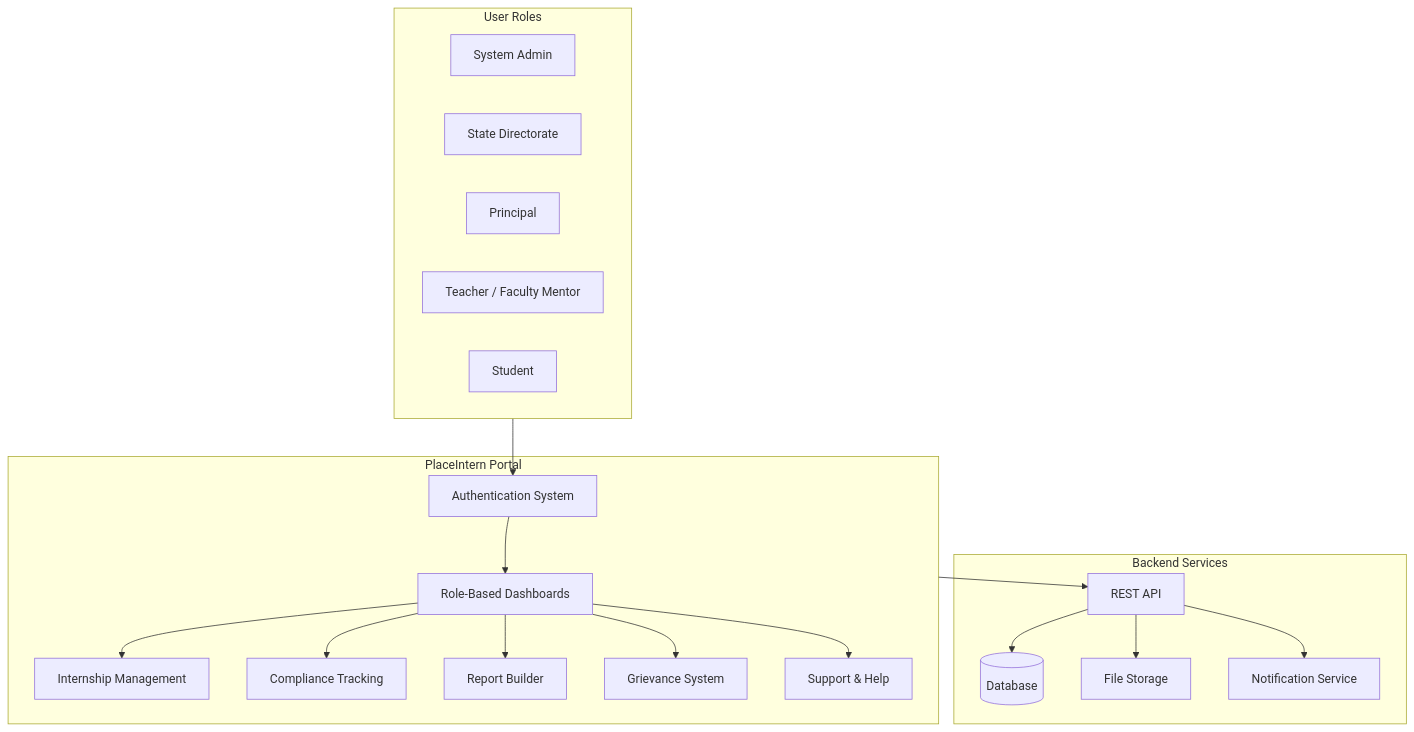
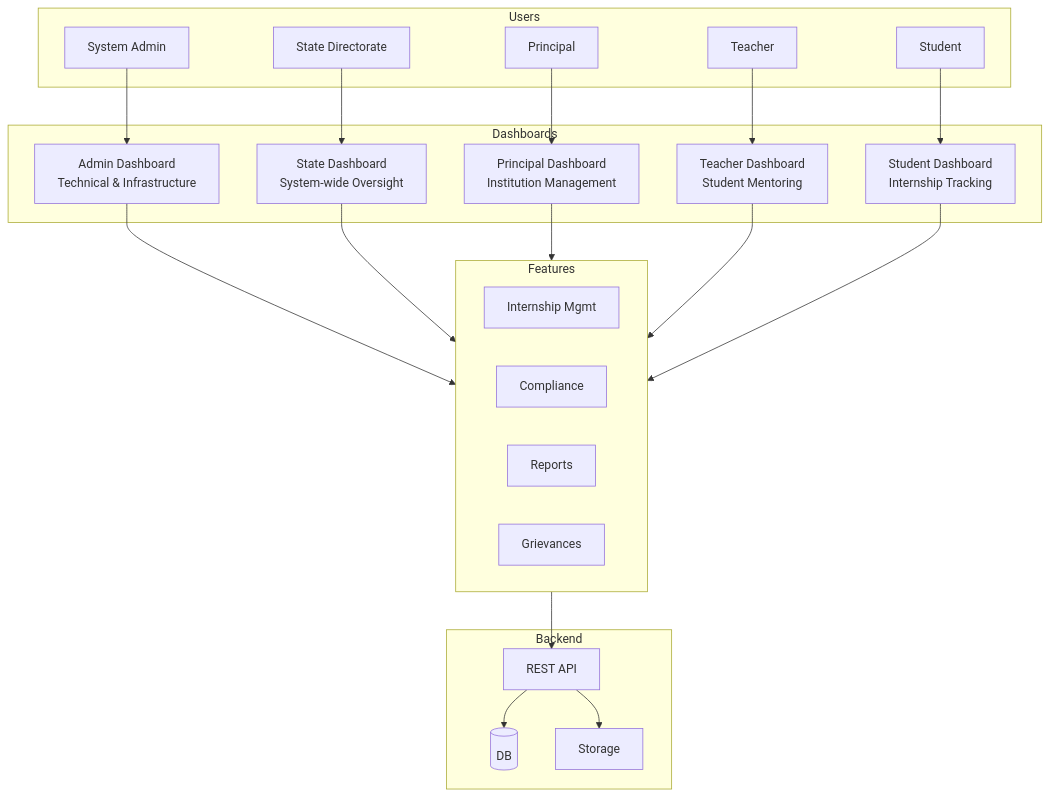
One commit to gunjangupta-gh/placeintern changed the first of 58 diagrams in INTERNSHIP_PORTAL_FLOW_DIAGRAMS.md. Above: the diagram before and after it, drawn with Mermaid. The commit also changed other lines of this file and 6 other files, not shown here.

````diff
--- a/INTERNSHIP_PORTAL_FLOW_DIAGRAMS.md
+++ b/INTERNSHIP_PORTAL_FLOW_DIAGRAMS.md
@@ -25,40 +6,34 @@
 ```mermaid
-flowchart TB
-    subgraph Users["User Roles"]
-        SYSADMIN[System Admin]
-        STATE[State Directorate]
-        PRINCIPAL[Principal]
-        TEACHER[Teacher / Faculty Mentor]
-        STUDENT[Student]
+flowchart TD
+    subgraph U["Users"]
+        SA[System Admin]
+        SD[State Directorate]
+        PR[Principal]
+        TE[Teacher]
+        ST[Student]
     end
-
-    subgraph Portal["PlaceIntern Portal"]
-        AUTH[Authentication System]
-        DASH[Role-Based Dashboards]
-        INTERN[Internship Management]
-        COMPLY[Compliance Tracking]
-        REPORT[Report Builder]
-        GRIEV[Grievance System]
-        SUPPORT[Support & Help]
+    subgraph D["Dashboards"]
+        SAD["Admin Dashboard<br/>Technical & Infrastructure"]
+        SDD["State Dashboard<br/>System-wide Oversight"]
+        PRD["Principal Dashboard<br/>Institution Management"]
+        TED["Teacher Dashboard<br/>Student Mentoring"]
+        STD["Student Dashboard<br/>Internship Tracking"]
     end
-
-    subgraph Backend["Backend Services"]
+    subgraph F["Features"]
+        IM[Internship Mgmt]
+        CT[Compliance]
+        RB[Reports]
+        GR[Grievances]
+    end
+    subgraph B["Backend"]
         API[REST API]
-        DB[(Database)]
-        STORAGE[File Storage]
-        NOTIFY[Notification Service]
+        DB[(DB)]
+        FS[Storage]
     end
-
-    Users --> AUTH
-    AUTH --> DASH
-    DASH --> INTERN
-    DASH --> COMPLY
-    DASH --> REPORT
-    DASH --> GRIEV
-    DASH --> SUPPORT
-
-    Portal --> API
-    API --> DB
-    API --> STORAGE
-    API --> NOTIFY
+    SA-->SAD-->F
+    SD-->SDD-->F
+    PR-->PRD-->F
+    TE-->TED-->F
+    ST-->STD-->F
+    F-->API-->DB & FS
 ```
````
